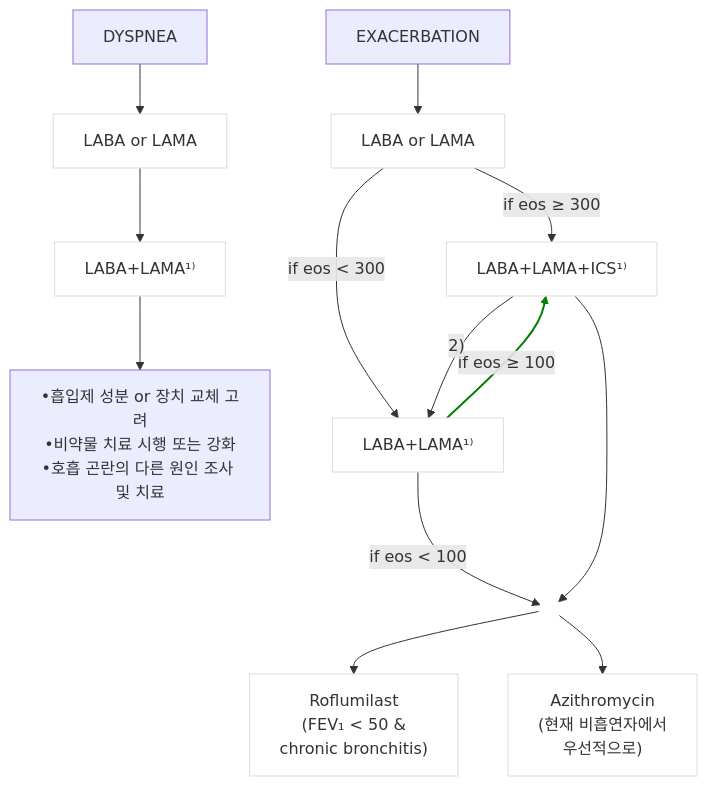
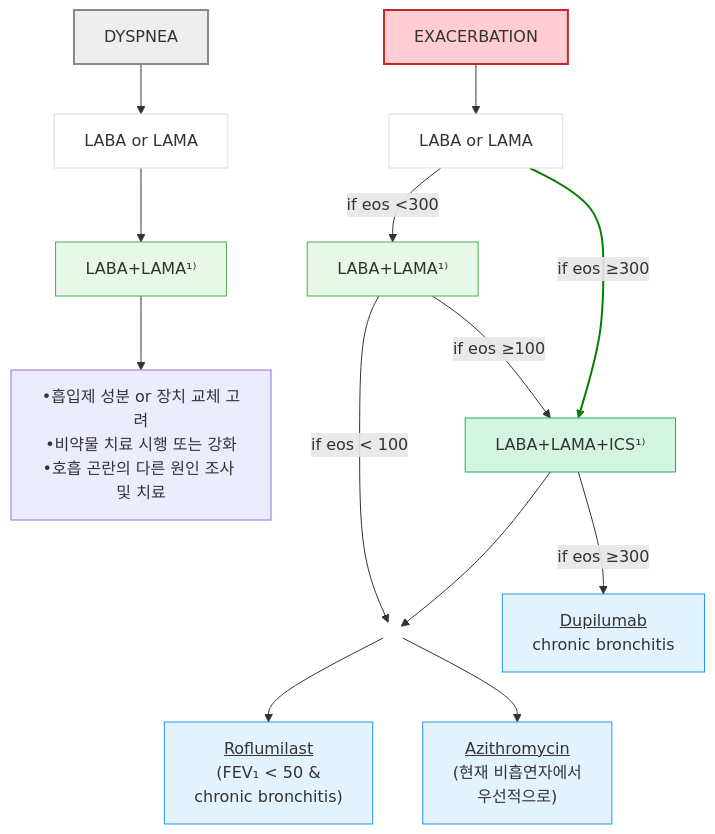
One commit to familyoh77/familyoh77 changed the first of 3 diagrams in 223_/072_-copd.md. Above: the diagram before and after it, drawn with Mermaid. The commit also changed other lines of this file, not shown here.

````diff
--- a/223_/072_-copd.md
+++ b/223_/072_-copd.md
@@ -385,32 +385,35 @@
 ```mermaid
 graph TD
 %% DYSPNEA pathway
 D0[DYSPNEA] --> D1[LABA or LAMA]
     D1 --> D2["LABA+LAMA¹⁾"]
     D2 --> D3["•흡입제 성분 or 장치 교체 고려<br/>•비약물 치료 시행 또는 강화<br/>•호흡 곤란의 다른 원인 조사 및 치료"]
 
 %% EXACERBATION pathway
 E0[EXACERBATION] --> E1[LABA or LAMA]
-    E1 -- "if eos ≥ 300" --> E3["LABA+LAMA+ICS¹⁾"]
-    E1 -- "if eos < 300" --> E2["LABA+LAMA¹⁾"]
-    
-    E2 -- "if eos ≥ 100" --> E3
-    E3 -- "2)" --> E2
+
+    E2 -- "if eos ≥100" --> E3
+    E1 -- "if eos <300" --> E2["LABA+LAMA¹⁾"]
+    E1 -- "if eos ≥300" --> E3["LABA+LAMA+ICS¹⁾"]    
+
     
     E2 -- "if eos < 100" --> E4{ }
     E3 --> E4
     
-    E4 --> E5["Roflumilast<br/>(FEV₁ < 50 &<br/>chronic bronchitis)"]
-    E4 --> E6["Azithromycin<br/>(현재 비흡연자에서<br/>우선적으로)"]
+    E4 --> E5["<u>Roflumilast</u><br/>(FEV₁ < 50 &<br/>chronic bronchitis)"]
+    E4 --> E6["<u>Azithromycin</u><br/>(현재 비흡연자에서<br/>우선적으로)"]
+    E3 -- "if eos ≥300"--> E7["<u>Dupilumab</u><br/>chronic bronchitis"]
 
+style D0 fill:#eeeeee,stroke:#888888,stroke-width:2px
 style D1 fill:#fff,stroke:#ddd
-style D2 fill:#fff,stroke:#ddd
+style D2 fill:#e8f8e8,stroke:#4caf50
+style E0 fill:#ffcdd2,stroke:#c62828,stroke-width:2px
 style E1 fill:#fff,stroke:#ddd
-style E2 fill:#fff,stroke:#ddd
-style E3 fill:#fff,stroke:#ddd
-style E5 fill:#fff,stroke:#ddd
-style E6 fill:#fff,stroke:#ddd
+style E2 fill:#e8f8e8,stroke:#4caf50
+style E3 fill:#d5f5e3,stroke:#27ae60
 style E4 fill:none,stroke:none
+classDef sky fill:#e3f2ff,stroke:#2196f3
+class E5,E6,E7 sky
 
 linkStyle 6 stroke:green,stroke-width:2px;
 ```
````
